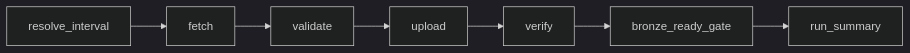
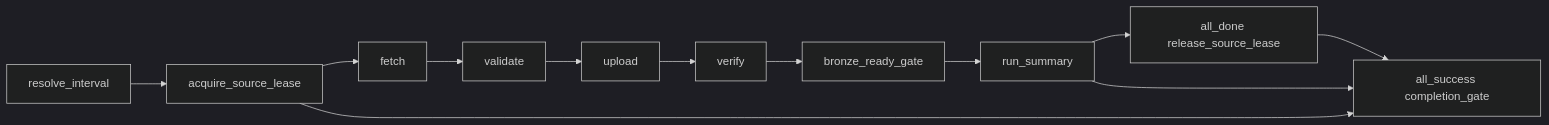
Before and after one commit to HoaiTam/japan-earthquake-etl: the diagram in docs/specs/USGS_AIRFLOW_INGEST_CONTRACT.md, drawn with Mermaid (dark theme). The commit also changed other lines of this file and 32 other files, not shown here.

````diff
--- a/docs/specs/USGS_AIRFLOW_INGEST_CONTRACT.md
+++ b/docs/specs/USGS_AIRFLOW_INGEST_CONTRACT.md
@@ -22,9 +22,14 @@
 ```mermaid
 flowchart LR
-    R["resolve_interval"] --> F["fetch"]
+    R["resolve_interval"] --> A["acquire_source_lease"]
+    A --> F["fetch"]
     F --> V["validate"]
     V --> U["upload"]
     U --> C["verify"]
     C --> G["bronze_ready_gate"]
     G --> S["run_summary"]
+    S --> L["all_done release_source_lease"]
+    S --> E["all_success completion_gate"]
+    A --> E
+    L --> E
 ```
````
